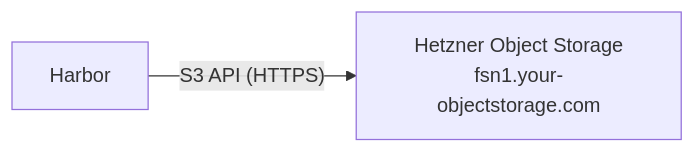
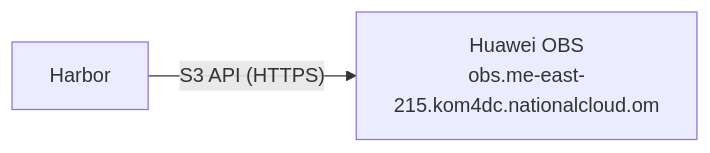
Before and after one commit to openova-io/openova: the third of 4 diagrams in platform/harbor/README.md, drawn with Mermaid. The commit also changed other lines of this file and 101 other files, not shown here.

````diff
--- a/platform/harbor/README.md
+++ b/platform/harbor/README.md
@@ -117,4 +117,4 @@
 ```mermaid
 flowchart LR
-    Harbor[Harbor] -->|"S3 API (HTTPS)"| Hetzner[Hetzner Object Storage<br/>fsn1.your-objectstorage.com]
+    Harbor[Harbor] -->|"S3 API (HTTPS)"| OBS[Huawei OBS<br/>obs.me-east-215.kom4dc.nationalcloud.om]
 ```
````
